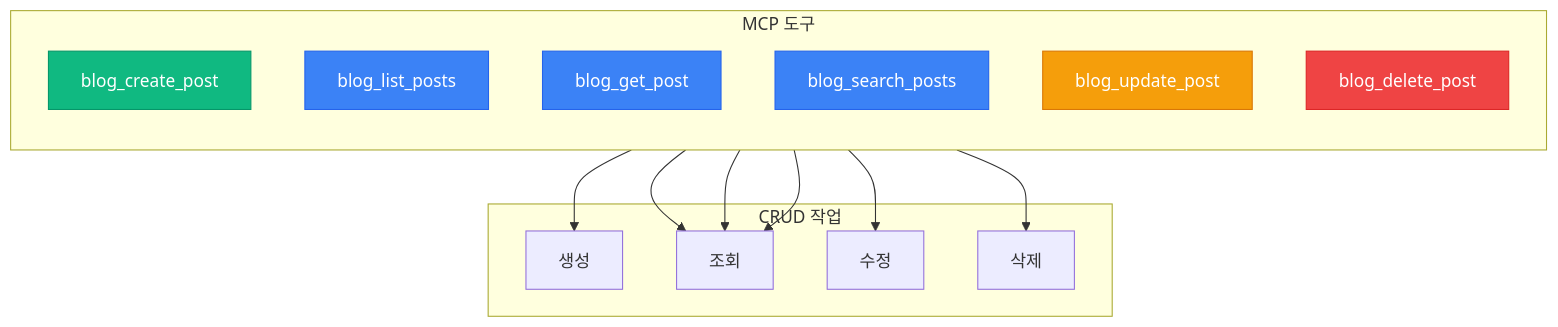
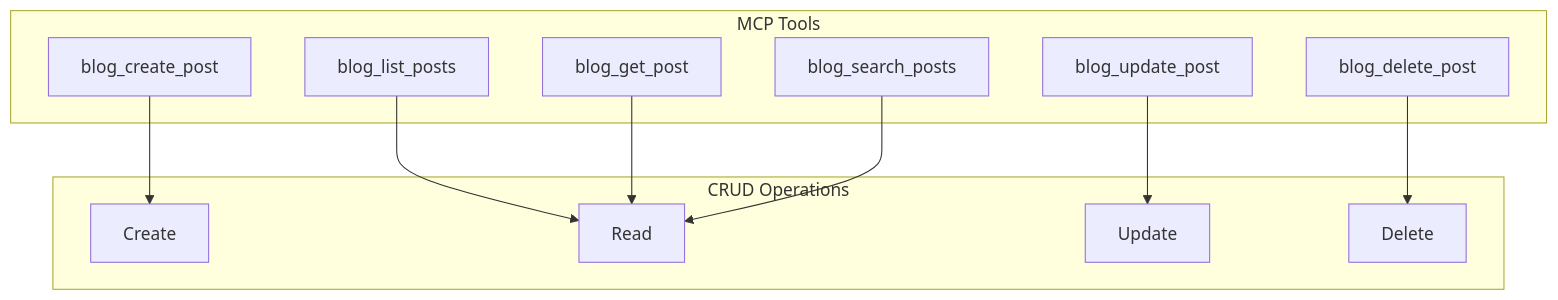
The second of 5 diagrams in content/ko/post/2026-02-21-004-mcp-blog-automation.md (yarang/blogs), drawn with Mermaid before and after one commit. The commit also changed other lines of this file and 3 other files, not shown here.

First line of the commit message:
Simplify Mermaid diagrams for web compatibility

````diff
--- a/content/ko/post/2026-02-21-004-mcp-blog-automation.md
+++ b/content/ko/post/2026-02-21-004-mcp-blog-automation.md
@@ -74,31 +70,25 @@
 ```mermaid
 flowchart TB
-    classDef create fill:#10B981,stroke:#059669,color:#fff
-    classDef read fill:#3B82F6,stroke:#2563EB,color:#fff
-    classDef update fill:#F59E0B,stroke:#D97706,color:#fff
-    classDef delete fill:#EF4444,stroke:#DC2626,color:#fff
-
-    subgraph Tools["MCP 도구"]
-        direction TB
-        C1["blog_create_post"]:::create
-        R1["blog_list_posts"]:::read
-        R2["blog_get_post"]:::read
-        R3["blog_search_posts"]:::read
-        U1["blog_update_post"]:::update
-        D1["blog_delete_post"]:::delete
+    subgraph Tools[MCP Tools]
+        C1[blog_create_post]
+        R1[blog_list_posts]
+        R2[blog_get_post]
+        R3[blog_search_posts]
+        U1[blog_update_post]
+        D1[blog_delete_post]
     end
 
-    subgraph CRUD["CRUD 작업"]
-        Create["생성"]
-        Read["조회"]
-        Update["수정"]
-        Delete["삭제"]
+    subgraph CRUD[CRUD Operations]
+        Create[Create]
+        Read[Read]
+        Update[Update]
+        Delete[Delete]
     end
 
     C1 --> Create
     R1 --> Read
     R2 --> Read
     R3 --> Read
     U1 --> Update
     D1 --> Delete
 ```
````
